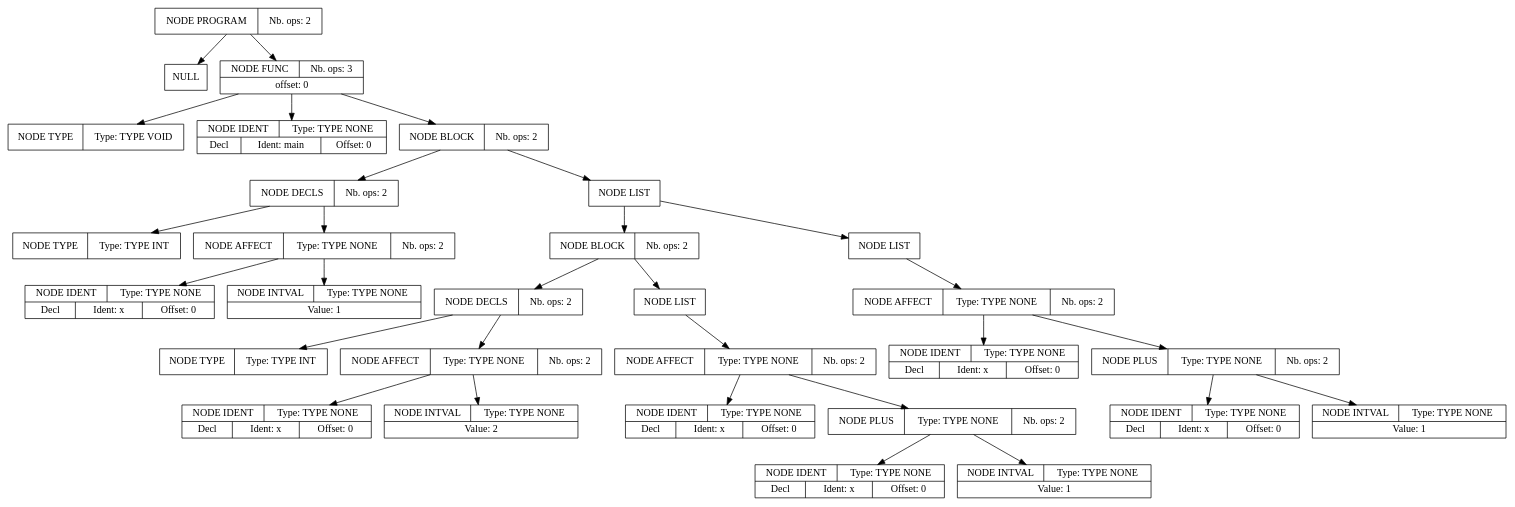
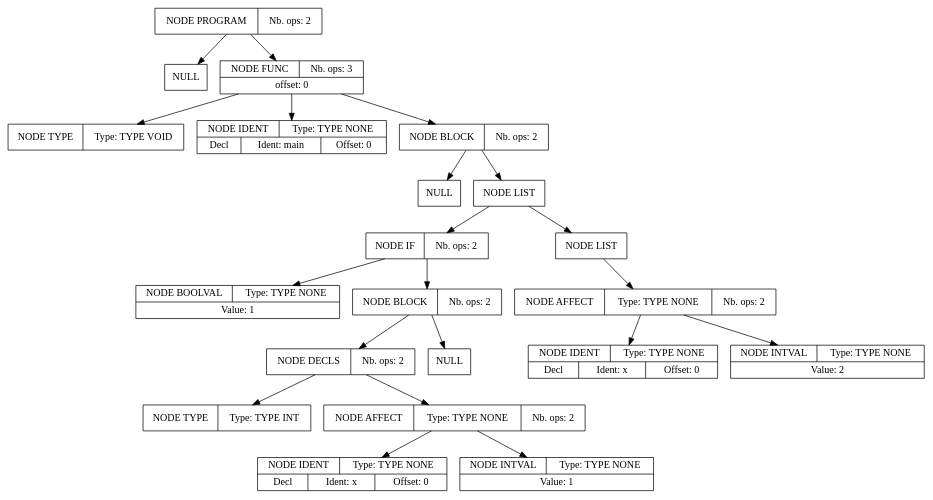
Before and after one commit to HebertAntoine/projet_compilation: the diagram in apres_syntaxe.dot, drawn with Graphviz. The commit also changed 16 other files, not shown here.

```diff
--- a/apres_syntaxe.dot
+++ b/apres_syntaxe.dot
@@ -1,90 +1,63 @@
 digraph global_vars {
     N1 [shape=record, label="{{NODE PROGRAM|Nb. ops: 2}}"];
     N2 [shape=record, label="{{NULL}}"];
     edge[tailclip=true];
     N1 -> N2
     N3 [shape=record, label="{{NODE FUNC|Nb. ops: 3}|{offset: 0}}"];
     N4 [shape=record, label="{{NODE TYPE|Type: TYPE VOID}}"];
     edge[tailclip=true];
     N3 -> N4
     N5 [shape=record, label="{{NODE IDENT|Type: TYPE NONE}|{<decl>Decl      |Ident: main|Offset: 0}}"];
     edge[tailclip=true];
     N3 -> N5
     N6 [shape=record, label="{{NODE BLOCK|Nb. ops: 2}}"];
-    N7 [shape=record, label="{{NODE DECLS|Nb. ops: 2}}"];
-    N8 [shape=record, label="{{NODE TYPE|Type: TYPE INT}}"];
+    N7 [shape=record, label="{{NULL}}"];
     edge[tailclip=true];
-    N7 -> N8
-    N9 [shape=record, label="{{NODE AFFECT|Type: TYPE NONE|Nb. ops: 2}}"];
-    N10 [shape=record, label="{{NODE IDENT|Type: TYPE NONE}|{<decl>Decl      |Ident: x|Offset: 0}}"];
+    N6 -> N7
+    N8 [shape=record, label="{{NODE LIST}}"];
+    N9 [shape=record, label="{{NODE IF|Nb. ops: 2}}"];
+    N10 [shape=record, label="{{NODE BOOLVAL|Type: TYPE NONE}|{Value: 1}}"];
     edge[tailclip=true];
     N9 -> N10
-    N11 [shape=record, label="{{NODE INTVAL|Type: TYPE NONE}|{Value: 1}}"];
+    N11 [shape=record, label="{{NODE BLOCK|Nb. ops: 2}}"];
+    N12 [shape=record, label="{{NODE DECLS|Nb. ops: 2}}"];
+    N13 [shape=record, label="{{NODE TYPE|Type: TYPE INT}}"];
+    edge[tailclip=true];
+    N12 -> N13
+    N14 [shape=record, label="{{NODE AFFECT|Type: TYPE NONE|Nb. ops: 2}}"];
+    N15 [shape=record, label="{{NODE IDENT|Type: TYPE NONE}|{<decl>Decl      |Ident: x|Offset: 0}}"];
+    edge[tailclip=true];
+    N14 -> N15
+    N16 [shape=record, label="{{NODE INTVAL|Type: TYPE NONE}|{Value: 1}}"];
+    edge[tailclip=true];
+    N14 -> N16
+    edge[tailclip=true];
+    N12 -> N14
+    edge[tailclip=true];
+    N11 -> N12
+    N17 [shape=record, label="{{NULL}}"];
+    edge[tailclip=true];
+    N11 -> N17
     edge[tailclip=true];
     N9 -> N11
     edge[tailclip=true];
-    N7 -> N9
-    edge[tailclip=true];
-    N6 -> N7
-    N12 [shape=record, label="{{NODE LIST}}"];
-    N13 [shape=record, label="{{NODE BLOCK|Nb. ops: 2}}"];
-    N14 [shape=record, label="{{NODE DECLS|Nb. ops: 2}}"];
-    N15 [shape=record, label="{{NODE TYPE|Type: TYPE INT}}"];
-    edge[tailclip=true];
-    N14 -> N15
-    N16 [shape=record, label="{{NODE AFFECT|Type: TYPE NONE|Nb. ops: 2}}"];
-    N17 [shape=record, label="{{NODE IDENT|Type: TYPE NONE}|{<decl>Decl      |Ident: x|Offset: 0}}"];
-    edge[tailclip=true];
-    N16 -> N17
-    N18 [shape=record, label="{{NODE INTVAL|Type: TYPE NONE}|{Value: 2}}"];
-    edge[tailclip=true];
-    N16 -> N18
-    edge[tailclip=true];
-    N14 -> N16
-    edge[tailclip=true];
-    N13 -> N14
-    N19 [shape=record, label="{{NODE LIST}}"];
-    N20 [shape=record, label="{{NODE AFFECT|Type: TYPE NONE|Nb. ops: 2}}"];
-    N21 [shape=record, label="{{NODE IDENT|Type: TYPE NONE}|{<decl>Decl      |Ident: x|Offset: 0}}"];
-    edge[tailclip=true];
-    N20 -> N21
-    N22 [shape=record, label="{{NODE PLUS|Type: TYPE NONE|Nb. ops: 2}}"];
-    N23 [shape=record, label="{{NODE IDENT|Type: TYPE NONE}|{<decl>Decl      |Ident: x|Offset: 0}}"];
-    edge[tailclip=true];
-    N22 -> N23
-    N24 [shape=record, label="{{NODE INTVAL|Type: TYPE NONE}|{Value: 1}}"];
-    edge[tailclip=true];
-    N22 -> N24
-    edge[tailclip=true];
-    N20 -> N22
+    N8 -> N9
+    N18 [shape=record, label="{{NODE LIST}}"];
+    N19 [shape=record, label="{{NODE AFFECT|Type: TYPE NONE|Nb. ops: 2}}"];
+    N20 [shape=record, label="{{NODE IDENT|Type: TYPE NONE}|{<decl>Decl      |Ident: x|Offset: 0}}"];
     edge[tailclip=true];
     N19 -> N20
+    N21 [shape=record, label="{{NODE INTVAL|Type: TYPE NONE}|{Value: 2}}"];
     edge[tailclip=true];
-    N13 -> N19
+    N19 -> N21
     edge[tailclip=true];
-    N12 -> N13
-    N25 [shape=record, label="{{NODE LIST}}"];
-    N26 [shape=record, label="{{NODE AFFECT|Type: TYPE NONE|Nb. ops: 2}}"];
-    N27 [shape=record, label="{{NODE IDENT|Type: TYPE NONE}|{<decl>Decl      |Ident: x|Offset: 0}}"];
+    N18 -> N19
     edge[tailclip=true];
-    N26 -> N27
-    N28 [shape=record, label="{{NODE PLUS|Type: TYPE NONE|Nb. ops: 2}}"];
-    N29 [shape=record, label="{{NODE IDENT|Type: TYPE NONE}|{<decl>Decl      |Ident: x|Offset: 0}}"];
+    N8 -> N18
     edge[tailclip=true];
-    N28 -> N29
-    N30 [shape=record, label="{{NODE INTVAL|Type: TYPE NONE}|{Value: 1}}"];
-    edge[tailclip=true];
-    N28 -> N30
-    edge[tailclip=true];
-    N26 -> N28
-    edge[tailclip=true];
-    N25 -> N26
-    edge[tailclip=true];
-    N12 -> N25
-    edge[tailclip=true];
-    N6 -> N12
+    N6 -> N8
     edge[tailclip=true];
     N3 -> N6
     edge[tailclip=true];
     N1 -> N3
 }
```
